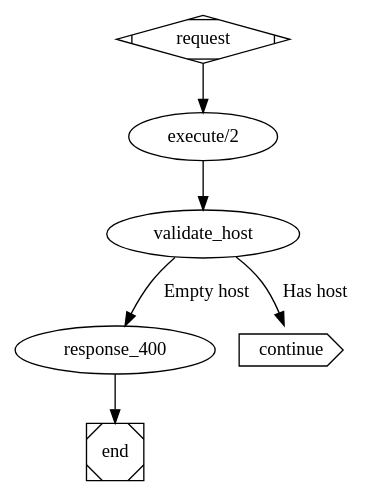
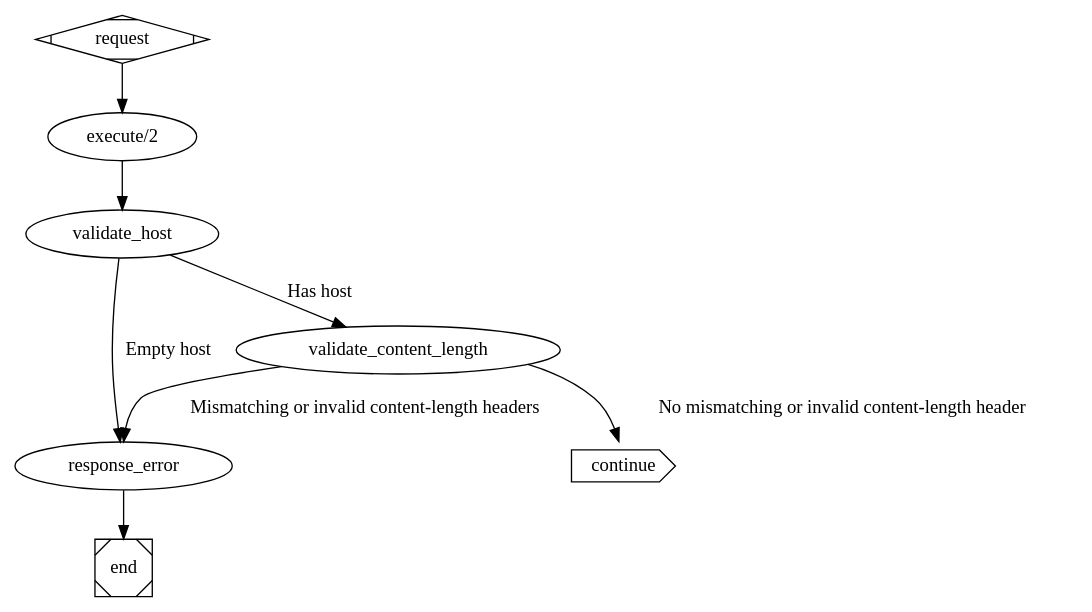
Before and after one commit to heroku/vegur: the diagram in doc/vegur_validate_headers_middleware.dot, drawn with Graphviz.

Commit message:
Updated validate_headers diagram

```diff
--- a/doc/vegur_validate_headers_middleware.dot
+++ b/doc/vegur_validate_headers_middleware.dot
@@ -1,11 +1,14 @@
 digraph vegur_validate_headers_middleware {
         request [shape=Mdiamond];
         execute [label="execute/2"]
         request -> execute;
         execute -> validate_host;
-        validate_host -> response_400 [label="Empty host"];
-        validate_host -> continue [label="Has host"];
-        response_400 -> end;
+        validate_host -> response_error [label="Empty host"];
+        
+        validate_host -> validate_content_length [label="Has host"];
+        validate_content_length -> continue [label="No mismatching or invalid content-length header"];
+        validate_content_length -> response_error [label="Mismatching or invalid content-length headers"];
+        response_error -> end;
         continue [shape=cds];
         end [shape=Msquare];
 }
```
